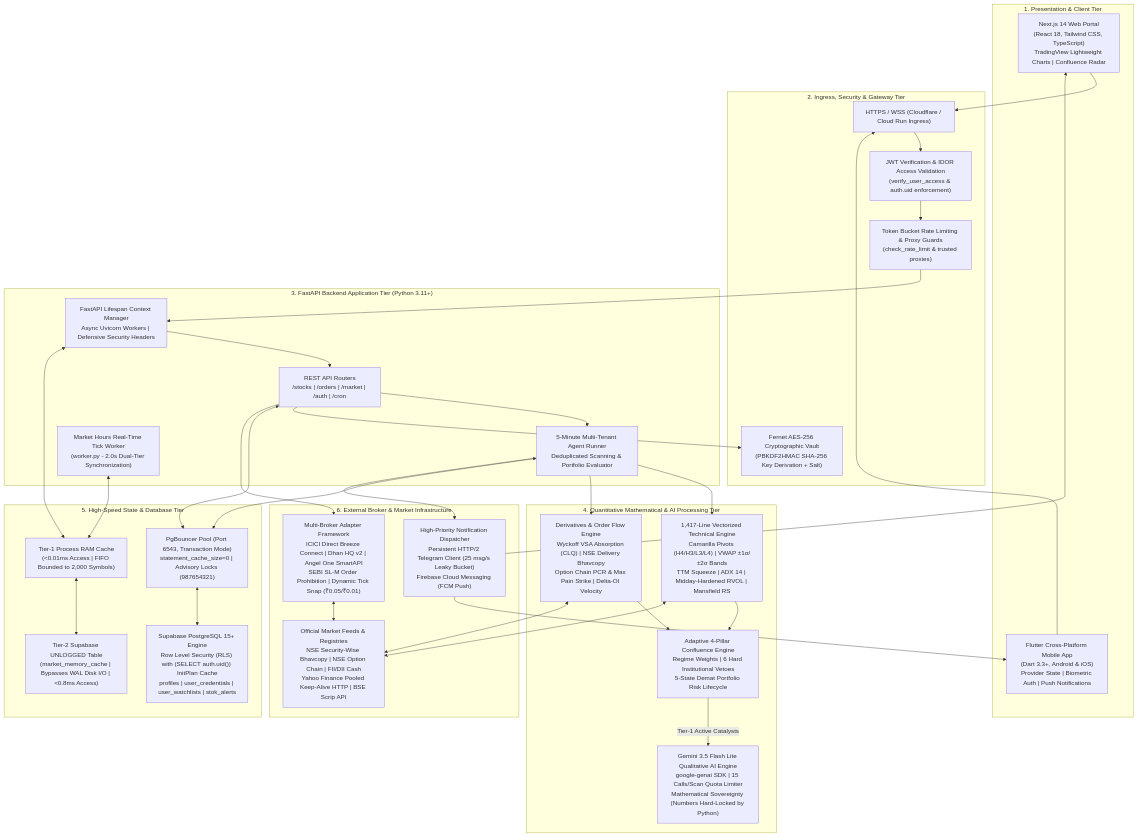
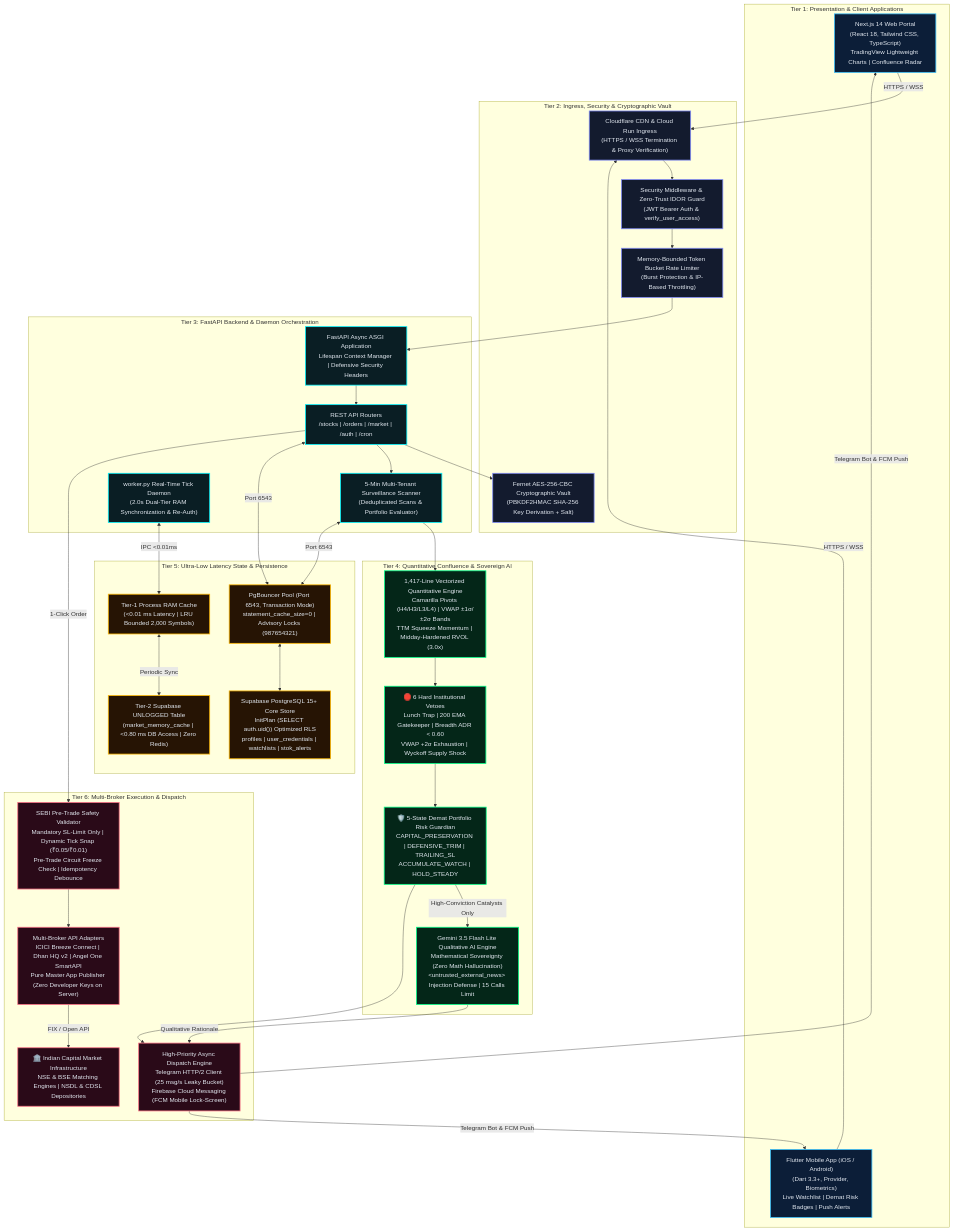
Before and after one commit to cvnbtech/stokvigil-ai: the diagram in architecture_blueprint.md, drawn with Mermaid. The commit also changed other lines of this file and 2 other files, not shown here.

Commit message:
docs: consolidate architecture documentation into architecture_blueprint.md and remove duplicate

````diff
--- a/architecture_blueprint.md
+++ b/architecture_blueprint.md
@@ -47,72 +46,81 @@
 ```mermaid
 flowchart TD
-    subgraph ClientLayer ["1. Presentation & Client Tier"]
-        WEB["Next.js 14 Web Portal<br/>(React 18, Tailwind CSS, TypeScript)<br/>TradingView Lightweight Charts | Confluence Radar"]
-        MOBILE["Flutter Cross-Platform Mobile App<br/>(Dart 3.3+, Android & iOS)<br/>Provider State | Biometric Auth | Push Notifications"]
+    %% Global Styling
+    classDef client fill:#0C1E38,stroke:#38BDF8,stroke-width:2px,color:#E2E8F0;
+    classDef gateway fill:#131B2E,stroke:#818CF8,stroke-width:2px,color:#E2E8F0;
+    classDef app fill:#0A1E24,stroke:#00F5FF,stroke-width:2px,color:#E2E8F0;
+    classDef quant fill:#042618,stroke:#00FF88,stroke-width:2px,color:#E2E8F0;
+    classDef state fill:#261404,stroke:#FFB800,stroke-width:2px,color:#E2E8F0;
+    classDef exec fill:#2A0A18,stroke:#FB7185,stroke-width:2px,color:#E2E8F0;
+
+    subgraph TIER1 ["Tier 1: Presentation & Client Applications"]
+        WEB["Next.js 14 Web Portal<br/>(React 18, Tailwind CSS, TypeScript)<br/>TradingView Lightweight Charts | Confluence Radar"]:::client
+        MOBILE["Flutter Mobile App (iOS / Android)<br/>(Dart 3.3+, Provider, Biometrics)<br/>Live Watchlist | Demat Risk Badges | Push Alerts"]:::client
     end
 
-    subgraph GatewaySecurity ["2. Ingress, Security & Gateway Tier"]
-        HTTPS_WSS["HTTPS / WSS (Cloudflare / Cloud Run Ingress)"]
-        AUTH_IDOR["JWT Verification & IDOR Access Validation<br/>(verify_user_access & auth.uid enforcement)"]
-        RATE_LIMIT["Token Bucket Rate Limiting & Proxy Guards<br/>(check_rate_limit & trusted proxies)"]
-        VAULT["Fernet AES-256 Cryptographic Vault<br/>(PBKDF2HMAC SHA-256 Key Derivation + Salt)"]
+    subgraph TIER2 ["Tier 2: Ingress, Security & Cryptographic Vault"]
+        INGRESS["Cloudflare CDN & Cloud Run Ingress<br/>(HTTPS / WSS Termination & Proxy Verification)"]:::gateway
+        AUTH_GUARD["Security Middleware & Zero-Trust IDOR Guard<br/>(JWT Bearer Auth & verify_user_access)"]:::gateway
+        RATE_LIMIT["Memory-Bounded Token Bucket Rate Limiter<br/>(Burst Protection & IP-Based Throttling)"]:::gateway
+        VAULT["Fernet AES-256-CBC Cryptographic Vault<br/>(PBKDF2HMAC SHA-256 Key Derivation + Salt)"]:::gateway
     end
 
-    subgraph AppServer ["3. FastAPI Backend Application Tier (Python 3.11+)"]
-        FASTAPI["FastAPI Lifespan Context Manager<br/>Async Uvicorn Workers | Defensive Security Headers"]
-        ROUTERS["REST API Routers<br/>/stocks | /orders | /market | /auth | /cron"]
-        AGENT_LOOP["5-Minute Multi-Tenant Agent Runner<br/>Deduplicated Scanning & Portfolio Evaluator"]
-        TICK_WORKER["Market Hours Real-Time Tick Worker<br/>(worker.py - 2.0s Dual-Tier Synchronization)"]
+    subgraph TIER3 ["Tier 3: FastAPI Backend & Daemon Orchestration"]
+        FASTAPI["FastAPI Async ASGI Application<br/>Lifespan Context Manager | Defensive Security Headers"]:::app
+        ROUTERS["REST API Routers<br/>/stocks | /orders | /market | /auth | /cron"]:::app
+        SCANNER["5-Min Multi-Tenant Surveillance Scanner<br/>(Deduplicated Scans & Portfolio Evaluator)"]:::app
+        TICK_WORKER["worker.py Real-Time Tick Daemon<br/>(2.0s Dual-Tier RAM Synchronization & Re-Auth)"]:::app
     end
 
-    subgraph ComputeEngine ["4. Quantitative Mathematical & AI Processing Tier"]
-        TECH_VEC["1,417-Line Vectorized Technical Engine<br/>Camarilla Pivots (H4/H3/L3/L4) | VWAP ±1σ/±2σ Bands<br/>TTM Squeeze | ADX 14 | Midday-Hardened RVOL | Mansfield RS"]
-        FLOW_VSA["Derivatives & Order Flow Engine<br/>Wyckoff VSA Absorption (CLQ) | NSE Delivery Bhavcopy<br/>Option Chain PCR & Max Pain Strike | Delta-OI Velocity"]
-        CONFLUENCE_VETO["Adaptive 4-Pillar Confluence Engine<br/>Regime Weights | 6 Hard Institutional Vetoes<br/>5-State Demat Portfolio Risk Lifecycle"]
-        GEMINI_AI["Gemini 3.5 Flash Lite Qualitative AI Engine<br/>google-genai SDK | 15 Calls/Scan Quota Limiter<br/>Mathematical Sovereignty (Numbers Hard-Locked by Python)"]
+    subgraph TIER4 ["Tier 4: Quantitative Confluence & Sovereign AI"]
+        MATH_CORE["1,417-Line Vectorized Quantitative Engine<br/>Camarilla Pivots (H4/H3/L3/L4) | VWAP ±1σ/±2σ Bands<br/>TTM Squeeze Momentum | Midday-Hardened RVOL (3.0x)"]:::quant
+        VETO_GATE["🛑 6 Hard Institutional Vetoes<br/>Lunch Trap | 200 EMA Gatekeeper | Breadth ADR &lt; 0.60<br/>VWAP +2σ Exhaustion | Wyckoff Supply Shock"]:::quant
+        DEMAT_GUARDIAN["🛡️ 5-State Demat Portfolio Risk Guardian<br/>CAPITAL_PRESERVATION | DEFENSIVE_TRIM | TRAILING_SL<br/>ACCUMULATE_WATCH | HOLD_STEADY"]:::quant
+        GEMINI_AI["Gemini 3.5 Flash Lite Qualitative AI Engine<br/>Mathematical Sovereignty (Zero Math Hallucination)<br/>&lt;untrusted_external_news&gt; Injection Defense | 15 Calls Limit"]:::quant
     end
 
-    subgraph StateStorage ["5. High-Speed State & Database Tier"]
-        RAM_TIER["Tier-1 Process RAM Cache<br/>(&lt;0.01ms Access | FIFO Bounded to 2,000 Symbols)"]
-        UNLOGGED_TIER["Tier-2 Supabase UNLOGGED Table<br/>(market_memory_cache | Bypasses WAL Disk I/O | &lt;0.8ms Access)"]
-        PGBOUNCER["PgBouncer Pool (Port 6543, Transaction Mode)<br/>statement_cache_size=0 | Advisory Locks (987654321)"]
-        SUPABASE_PG["Supabase PostgreSQL 15+ Engine<br/>Row Level Security (RLS) with (SELECT auth.uid()) InitPlan Cache<br/>profiles | user_credentials | user_watchlists | stok_alerts"]
+    subgraph TIER5 ["Tier 5: Ultra-Low Latency State & Persistence"]
+        RAM_CACHE["Tier-1 Process RAM Cache<br/>(&lt;0.01 ms Latency | LRU Bounded 2,000 Symbols)"]:::state
+        UNLOGGED_DB["Tier-2 Supabase UNLOGGED Table<br/>(market_memory_cache | &lt;0.80 ms DB Access | Zero Redis)"]:::state
+        PGBOUNCER["PgBouncer Pool (Port 6543, Transaction Mode)<br/>statement_cache_size=0 | Advisory Locks (987654321)"]:::state
+        SUPABASE_PG["Supabase PostgreSQL 15+ Core Store<br/>InitPlan (SELECT auth.uid()) Optimized RLS<br/>profiles | user_credentials | watchlists | stok_alerts"]:::state
     end
 
-    subgraph ExternalBrokers ["6. External Broker & Market Infrastructure"]
-        BROKERS["Multi-Broker Adapter Framework<br/>ICICI Direct Breeze Connect | Dhan HQ v2 | Angel One SmartAPI<br/>SEBI SL-M Order Prohibition | Dynamic Tick Snap (₹0.05/₹0.01)"]
-        MARKET_FEEDS["Official Market Feeds & Registries<br/>NSE Security-Wise Bhavcopy | NSE Option Chain | FII/DII Cash<br/>Yahoo Finance Pooled Keep-Alive HTTP | BSE Scrip API"]
-        DISPATCH["High-Priority Notification Dispatcher<br/>Persistent HTTP/2 Telegram Client (25 msg/s Leaky Bucket)<br/>Firebase Cloud Messaging (FCM Push)"]
+    subgraph TIER6 ["Tier 6: Multi-Broker Execution & Dispatch"]
+        SEBI_ENGINE["SEBI Pre-Trade Safety Validator<br/>Mandatory SL-Limit Only | Dynamic Tick Snap (₹0.05/₹0.01)<br/>Pre-Trade Circuit Freeze Check | Idempotency Debounce"]:::exec
+        BROKER_APIS["Multi-Broker API Adapters<br/>ICICI Breeze Connect | Dhan HQ v2 | Angel One SmartAPI<br/>Pure Master App Publisher (Zero Developer Keys on Server)"]:::exec
+        DISPATCH_ENGINE["High-Priority Async Dispatch Engine<br/>Telegram HTTP/2 Client (25 msg/s Leaky Bucket)<br/>Firebase Cloud Messaging (FCM Mobile Lock-Screen)"]:::exec
+        EXCHANGES["🏛️ Indian Capital Market Infrastructure<br/>NSE & BSE Matching Engines | NSDL & CDSL Depositories"]:::exec
     end
 
-    %% Wiring
-    WEB --> HTTPS_WSS
-    MOBILE --> HTTPS_WSS
-    HTTPS_WSS --> AUTH_IDOR
-    AUTH_IDOR --> RATE_LIMIT
+    %% Client to Ingress
+    WEB & MOBILE -->|"HTTPS / WSS"| INGRESS
+    INGRESS --> AUTH_GUARD
+    AUTH_GUARD --> RATE_LIMIT
     RATE_LIMIT --> FASTAPI
 
+    %% App Server Wiring
     FASTAPI --> ROUTERS
-    ROUTERS --> AGENT_LOOP
     ROUTERS --> VAULT
-    AGENT_LOOP --> TECH_VEC
-    AGENT_LOOP --> FLOW_VSA
-    TECH_VEC --> CONFLUENCE_VETO
-    FLOW_VSA --> CONFLUENCE_VETO
-    CONFLUENCE_VETO -- "Tier-1 Active Catalysts" --> GEMINI_AI
+    ROUTERS --> SCANNER
+    SCANNER --> MATH_CORE
+    TICK_WORKER <-->|"IPC &lt;0.01ms"| RAM_CACHE
+    RAM_CACHE <-->|"Periodic Sync"| UNLOGGED_DB
 
-    FASTAPI <--> RAM_TIER
-    TICK_WORKER <--> RAM_TIER
-    RAM_TIER <--> UNLOGGED_TIER
-    ROUTERS <--> PGBOUNCER
-    AGENT_LOOP <--> PGBOUNCER
+    %% Quantitative & AI Confluence Wiring
+    MATH_CORE --> VETO_GATE
+    VETO_GATE --> DEMAT_GUARDIAN
+    DEMAT_GUARDIAN -- "High-Conviction Catalysts Only" --> GEMINI_AI
+    DEMAT_GUARDIAN --> DISPATCH_ENGINE
+    GEMINI_AI -- "Qualitative Rationale" --> DISPATCH_ENGINE
+
+    %% State & Persistence Wiring
+    ROUTERS & SCANNER <-->|"Port 6543"| PGBOUNCER
     PGBOUNCER <--> SUPABASE_PG
 
-    ROUTERS --> BROKERS
-    AGENT_LOOP --> DISPATCH
-    TECH_VEC <--> MARKET_FEEDS
-    FLOW_VSA <--> MARKET_FEEDS
-    BROKERS <--> MARKET_FEEDS
-    DISPATCH --> WEB
-    DISPATCH --> MOBILE
+    %% Execution Wiring
+    ROUTERS -->|"1-Click Order"| SEBI_ENGINE
+    SEBI_ENGINE --> BROKER_APIS
+    BROKER_APIS -->|"FIX / Open API"| EXCHANGES
+    DISPATCH_ENGINE -->|"Telegram Bot & FCM Push"| WEB & MOBILE
 ```
````
